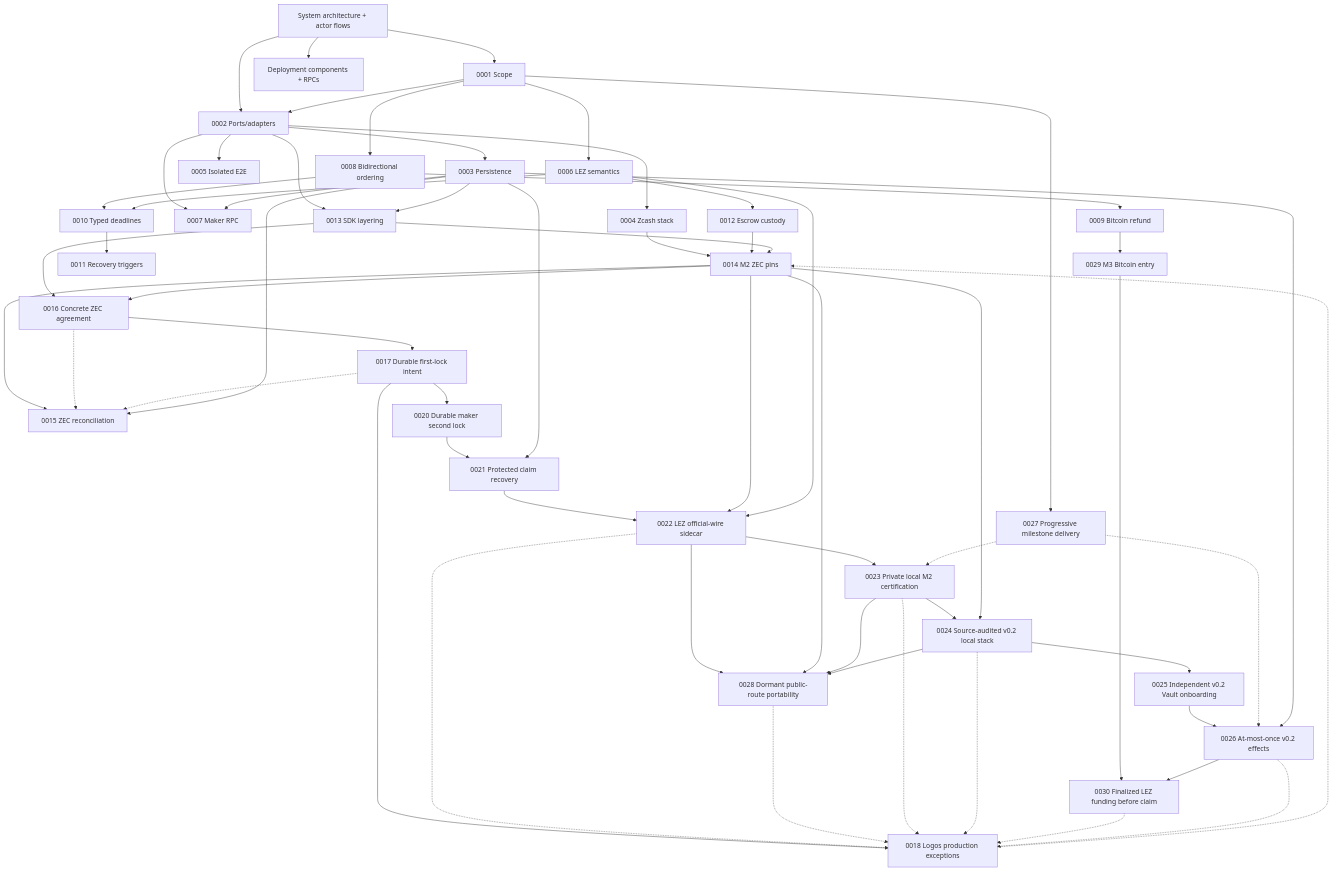
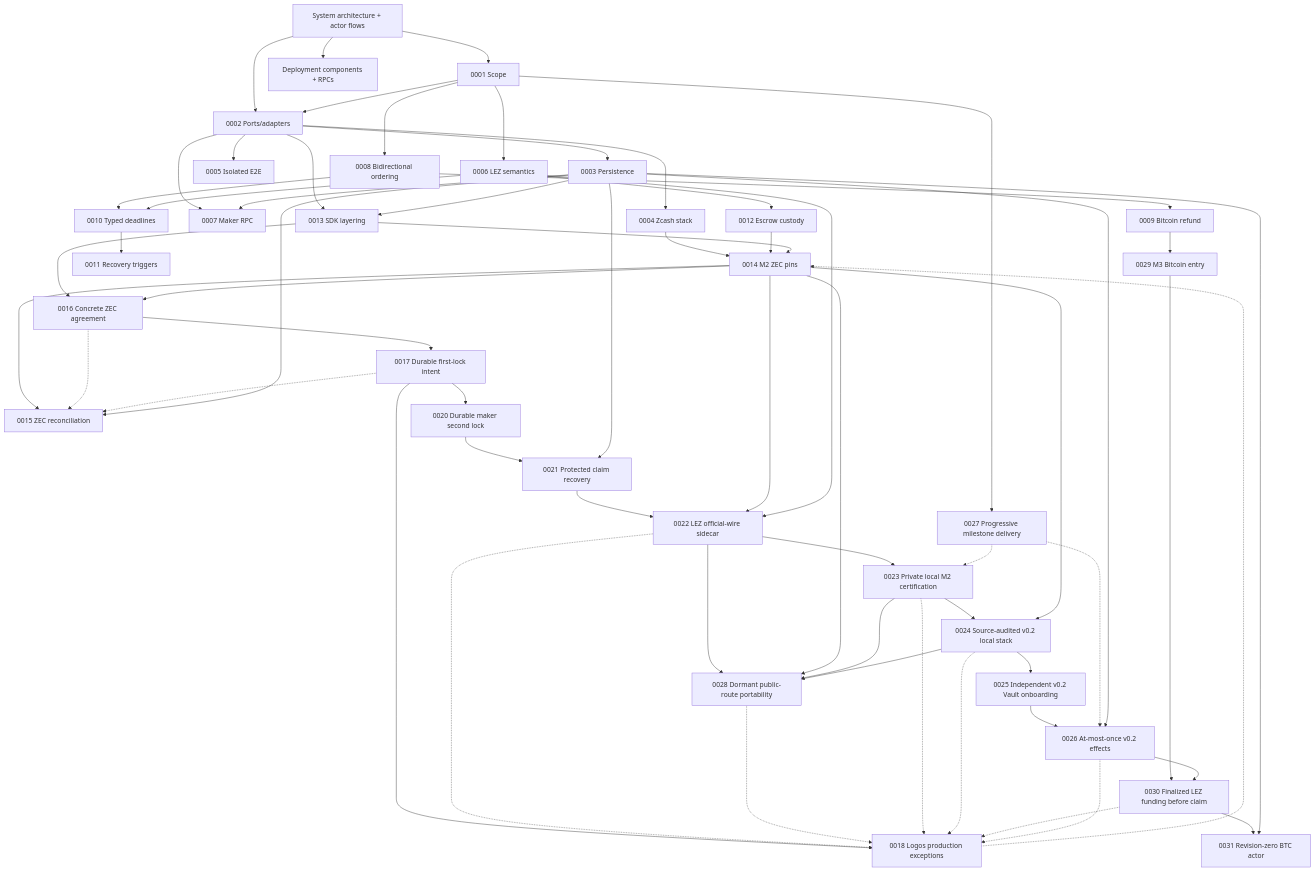
Before and after one commit to gateway-fm/lez-atomic-swaps: the diagram in docs/architecture/README.md, drawn with Mermaid. The commit also changed other lines of this file and 17 other files, not shown here.

````diff
--- a/docs/architecture/README.md
+++ b/docs/architecture/README.md
@@ -27,61 +27,63 @@
 ```mermaid
 flowchart TB
     System["System architecture + actor flows"] --> Scope["0001 Scope"]
     System --> Deployment["Deployment components + RPCs"]
     System --> Ports["0002 Ports/adapters"]
     Scope --> Ports
     Ports --> Persistence["0003 Persistence"]
     Ports --> Zcash["0004 Zcash stack"]
     Ports --> Docker["0005 Isolated E2E"]
     Scope --> LEZ["0006 LEZ semantics"]
     Ports --> RPC["0007 Maker RPC"]
     Scope --> Direction["0008 Bidirectional ordering"]
     Direction --> Bitcoin["0009 Bitcoin refund"]
     Bitcoin --> BitcoinEntry["0029 M3 Bitcoin entry"]
     BitcoinEntry --> FinalizedFunding["0030 Finalized LEZ funding before claim"]
+    FinalizedFunding --> BtcActor["0031 Revision-zero BTC actor"]
     Direction --> Deadlines["0010 Typed deadlines"]
     LEZ --> Deadlines
     Deadlines --> Recovery["0011 Recovery triggers"]
     LEZ --> Custody["0012 Escrow custody"]
     Ports --> SDK["0013 SDK layering"]
     Zcash --> ZecPins["0014 M2 ZEC pins"]
     Custody --> ZecPins
     SDK --> ZecPins
     ZecPins --> ZecReconcile["0015 ZEC reconciliation"]
     SDK --> Agreement["0016 Concrete ZEC agreement"]
     Agreement --> FirstLock["0017 Durable first-lock intent"]
     FirstLock --> MakerLock["0020 Durable maker second lock"]
     MakerLock --> ClaimRecovery["0021 Protected claim recovery"]
     ClaimRecovery --> LezSidecar["0022 LEZ official-wire sidecar"]
     LezSidecar --> LocalM2["0023 Private local M2 certification"]
     LezSidecar --> PublicRoutes["0028 Dormant public-route portability"]
     ZecPins --> PublicRoutes
     LocalM2 --> PublicRoutes
     LocalM2 --> LocalStack["0024 Source-audited v0.2 local stack"]
     ZecPins --> LocalStack
     LocalStack --> PublicRoutes
     LocalStack --> VaultActors["0025 Independent v0.2 Vault onboarding"]
     VaultActors --> V02Effects["0026 At-most-once v0.2 effects"]
     Scope --> Progressive["0027 Progressive milestone delivery"]
     Progressive -.-> LocalM2
     Progressive -.-> V02Effects
     ZecPins --> LezSidecar
     LEZ --> LezSidecar
     ZecPins --> Agreement
     Agreement -.-> ZecReconcile
     FirstLock -.-> ZecReconcile
     FirstLock --> Upstream["0018 Logos production exceptions"]
     Upstream -.-> ZecPins
     Persistence --> ZecReconcile
     Persistence --> SDK
     Persistence --> RPC
     Persistence --> ClaimRecovery
     Persistence --> V02Effects
+    Persistence --> BtcActor
     LezSidecar -.-> Upstream
     PublicRoutes -.-> Upstream
     LocalM2 -.-> Upstream
     LocalStack -.-> Upstream
     V02Effects --> FinalizedFunding
     FinalizedFunding -.-> Upstream
     V02Effects -.-> Upstream
 ```
````
